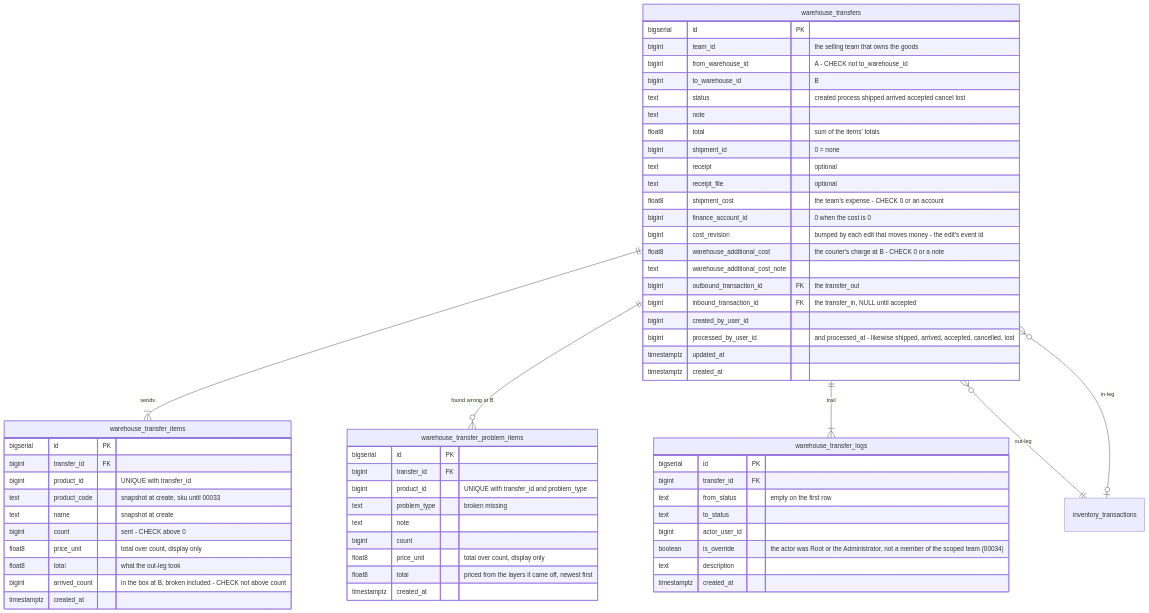
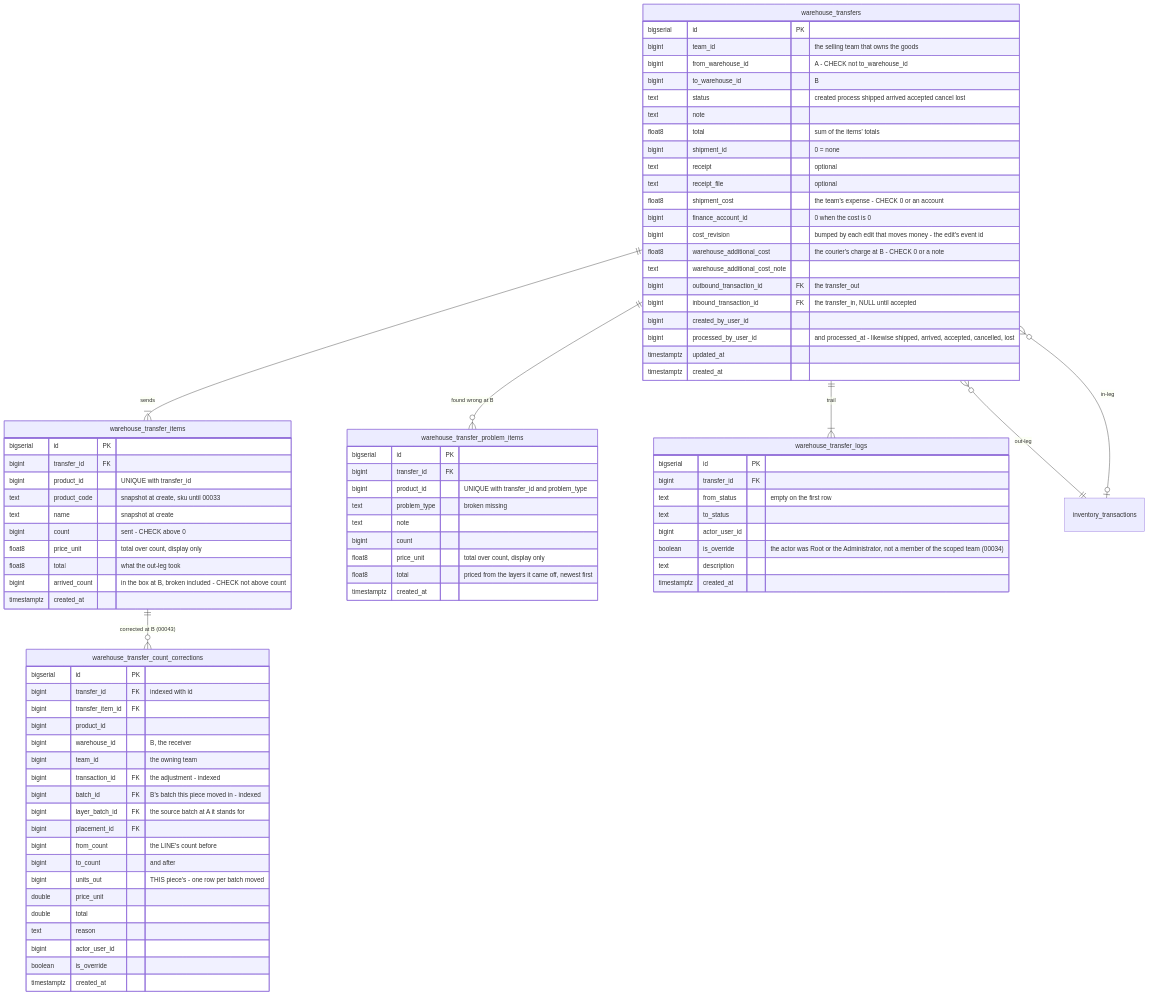
The tenth of 25 diagrams in docs/database-schema.md (pdcgo/warehouse_revamp), drawn with Mermaid before and after one commit. The commit also changed other lines of this file and 96 other files, not shown here.

```diff
--- a/docs/database-schema.md
+++ b/docs/database-schema.md
@@ -1449,6 +1477,27 @@
         float8      total        "priced from the layers it came off, newest first"
         timestamptz created_at
     }
+    warehouse_transfer_count_corrections {
+        bigserial   id               PK
+        bigint      transfer_id      FK "indexed with id"
+        bigint      transfer_item_id FK
+        bigint      product_id
+        bigint      warehouse_id     "B, the receiver"
+        bigint      team_id          "the owning team"
+        bigint      transaction_id   FK "the adjustment - indexed"
+        bigint      batch_id         FK "B's batch this piece moved in - indexed"
+        bigint      layer_batch_id   FK "the source batch at A it stands for"
+        bigint      placement_id     FK
+        bigint      from_count       "the LINE's count before"
+        bigint      to_count         "and after"
+        bigint      units_out        "THIS piece's - one row per batch moved"
+        double      price_unit
+        double      total
+        text        reason
+        bigint      actor_user_id
+        boolean     is_override
+        timestamptz created_at
+    }
     warehouse_transfer_logs {
         bigserial   id            PK
         bigint      transfer_id   FK
@@ -1461,6 +1510,7 @@
     }
     warehouse_transfers ||--|{ warehouse_transfer_items : "sends"
     warehouse_transfers ||--o{ warehouse_transfer_problem_items : "found wrong at B"
+    warehouse_transfer_items ||--o{ warehouse_transfer_count_corrections : "corrected at B (00043)"
     warehouse_transfers ||--|{ warehouse_transfer_logs : "trail"
     warehouse_transfers }o--|| inventory_transactions : "out-leg"
     warehouse_transfers }o--o| inventory_transactions : "in-leg"
```
